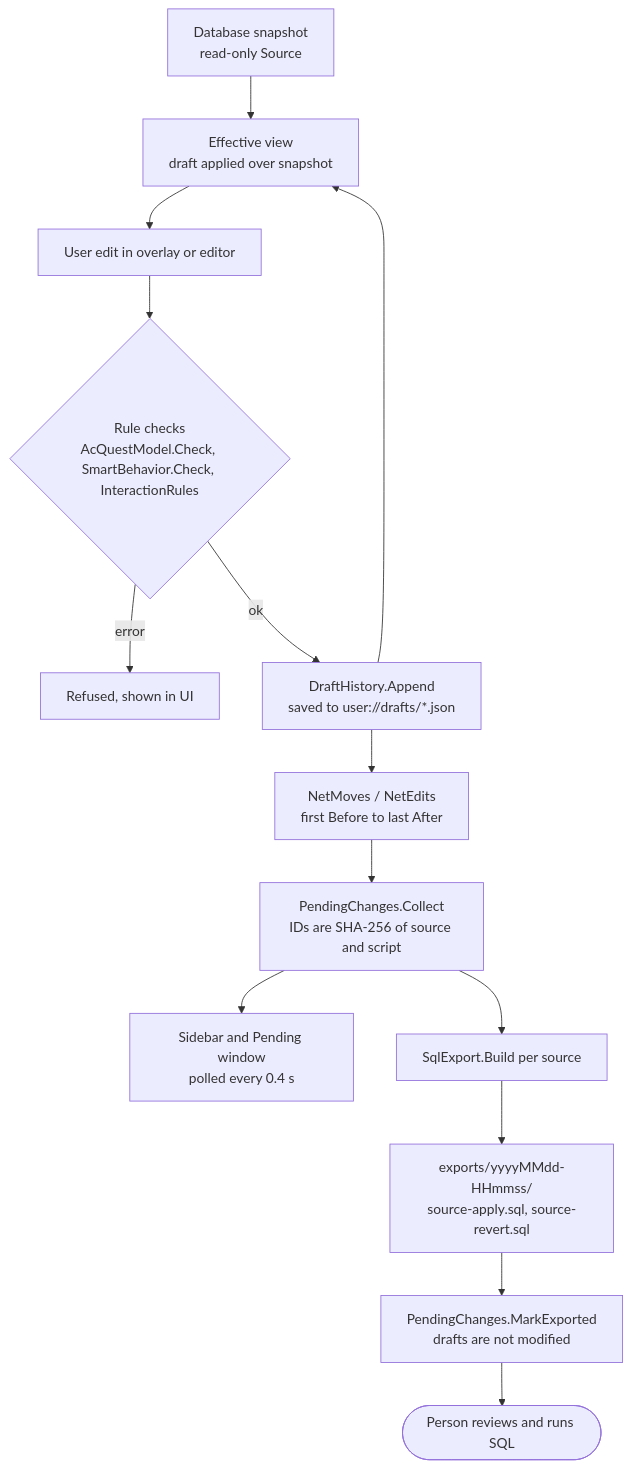
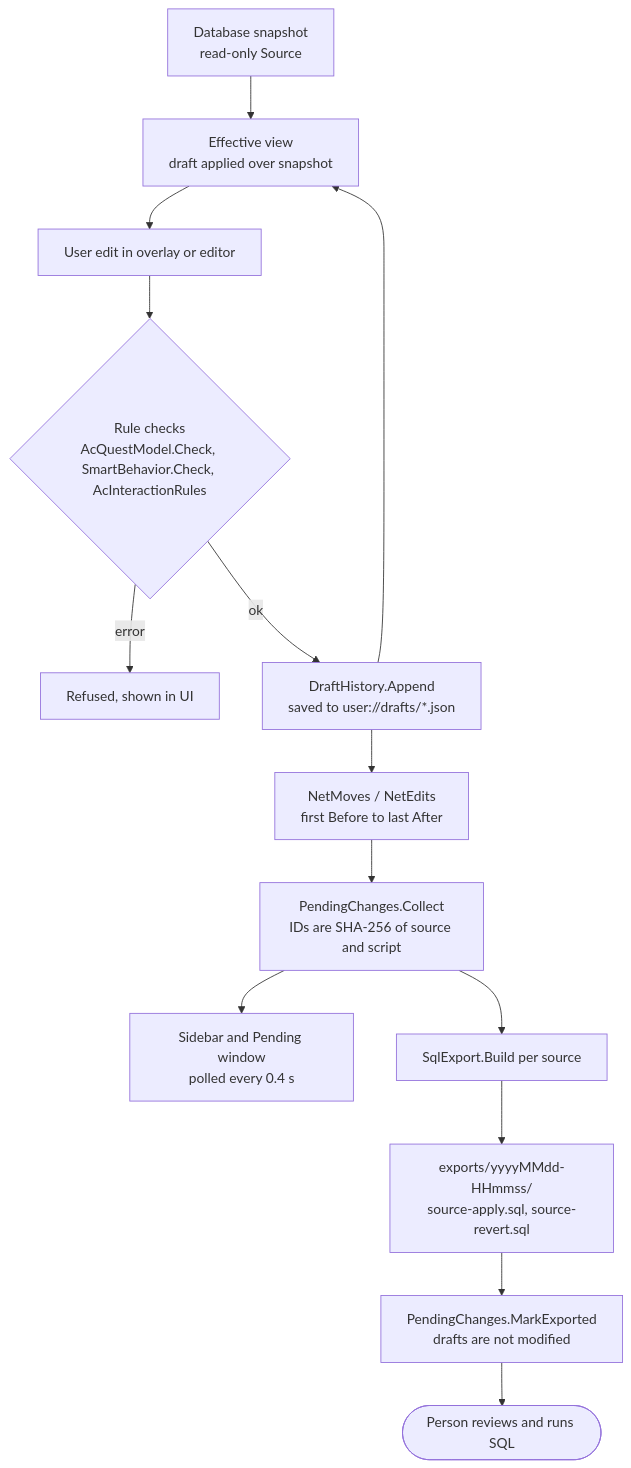
One commit to glitterfartz/ac-world-edit changed the second of 2 diagrams in docs/architecture/editing-and-export.md. Above: the diagram before and after it, drawn with Mermaid. The commit also changed other lines of this file and 35 other files, not shown here.

````diff
--- a/docs/architecture/editing-and-export.md
+++ b/docs/architecture/editing-and-export.md
@@ -97,16 +97,16 @@
 ```mermaid
 flowchart TB
     snap["Database snapshot<br/>read-only Source"] --> eff["Effective view<br/>draft applied over snapshot"]
     eff --> edit["User edit in overlay or editor"]
-    edit --> rule{"Rule checks<br/>AcQuestModel.Check, SmartBehavior.Check, InteractionRules"}
+    edit --> rule{"Rule checks<br/>AcQuestModel.Check, SmartBehavior.Check, AcInteractionRules"}
     rule -->|error| refuse["Refused, shown in UI"]
     rule -->|ok| hist["DraftHistory.Append<br/>saved to user://drafts/*.json"]
     hist --> eff
     hist --> net["NetMoves / NetEdits<br/>first Before to last After"]
     net --> pend["PendingChanges.Collect<br/>IDs are SHA-256 of source and script"]
     pend --> poll["Sidebar and Pending window<br/>polled every 0.4 s"]
     pend --> build["SqlExport.Build per source"]
     build --> files["exports/yyyyMMdd-HHmmss/<br/>source-apply.sql, source-revert.sql"]
     files --> mark["PendingChanges.MarkExported<br/>drafts are not modified"]
     mark --> person(["Person reviews and runs SQL"])
 ```
````
